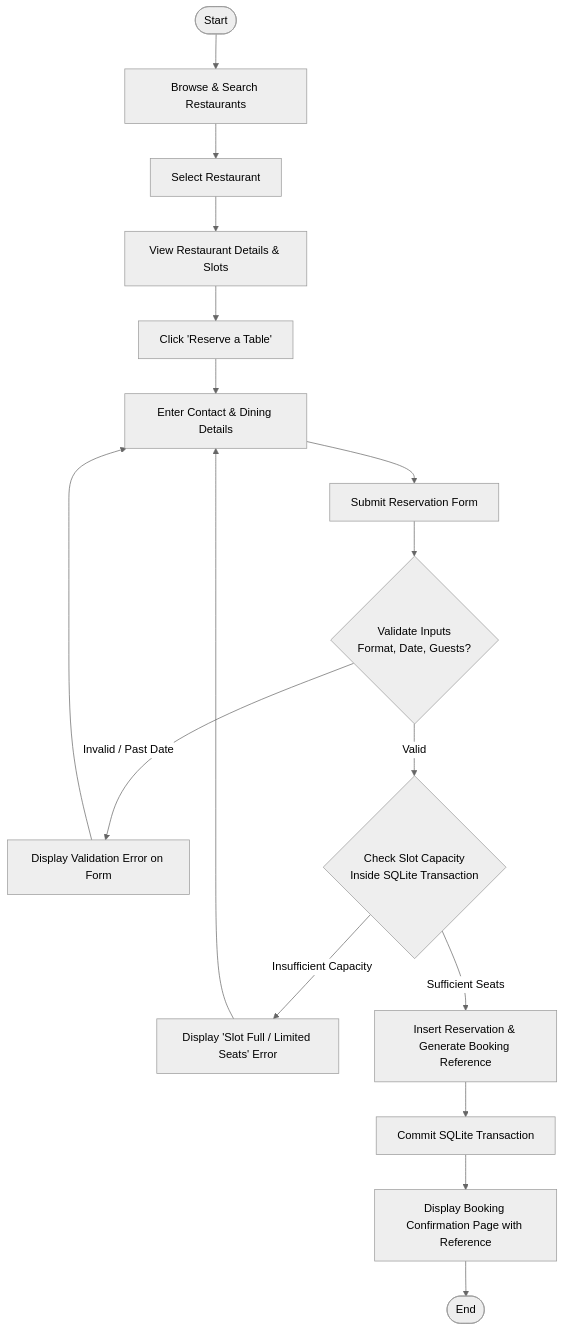
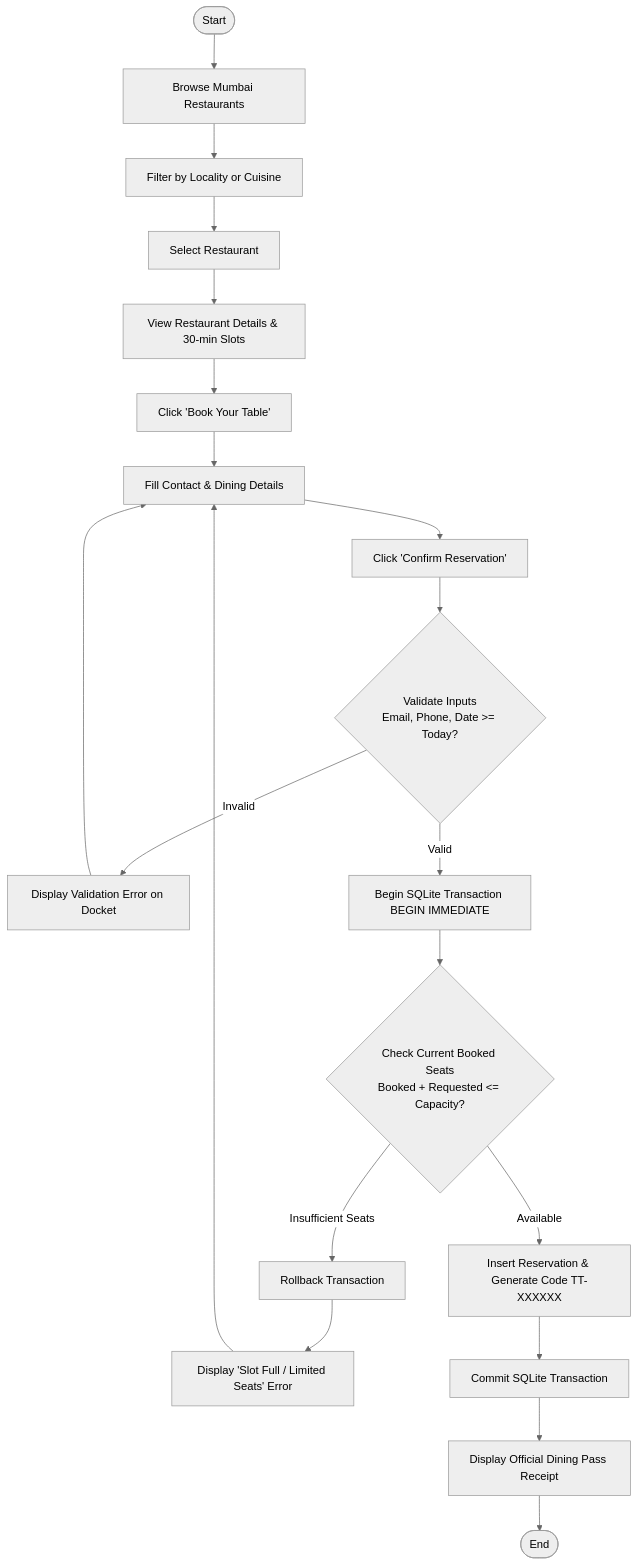
The second of 4 diagrams in docs/mini_project_report.md (immortalfoodie/TableTime), drawn with Mermaid (neutral theme) before and after one commit. The commit also changed other lines of this file and 20 other files, not shown here.

Commit message:
Update: Full Neo-Brutalist design (Electric Indigo & Mint) with Mumbai dataset, tests, and documentation

````diff
--- a/docs/mini_project_report.md
+++ b/docs/mini_project_report.md
@@ -217,24 +218,27 @@
 ```mermaid
 flowchart TD
-    Start([Start]) --> Browse[Browse & Search Restaurants]
-    Browse --> Select[Select Restaurant]
-    Select --> ViewDetails[View Restaurant Details & Slots]
-    ViewDetails --> ClickBook[Click 'Reserve a Table']
-    ClickBook --> EnterDetails[Enter Contact & Dining Details]
-    EnterDetails --> SubmitForm[Submit Reservation Form]
+    Start([Start]) --> Browse[Browse Mumbai Restaurants]
+    Browse --> Filter[Filter by Locality or Cuisine]
+    Filter --> Select[Select Restaurant]
+    Select --> ViewProfile[View Restaurant Details & 30-min Slots]
+    ViewProfile --> ClickReserve[Click 'Book Your Table']
+    ClickReserve --> EnterDetails[Fill Contact & Dining Details]
+    EnterDetails --> Submit[Click 'Confirm Reservation']
 
-    SubmitForm --> ValidateInput{Validate Inputs<br/>Format, Date, Guests?}
+    Submit --> Validate{Validate Inputs<br/>Email, Phone, Date >= Today?}
 
-    ValidateInput -- Invalid / Past Date --> ShowFormError[Display Validation Error on Form]
-    ShowFormError --> EnterDetails
+    Validate -- Invalid --> ShowError[Display Validation Error on Docket]
+    ShowError --> EnterDetails
 
-    ValidateInput -- Valid --> CheckCapacity{Check Slot Capacity<br/>Inside SQLite Transaction}
+    Validate -- Valid --> LockTx[Begin SQLite Transaction BEGIN IMMEDIATE]
+    LockTx --> CheckSeats{Check Current Booked Seats<br/>Booked + Requested <= Capacity?}
 
-    CheckCapacity -- Insufficient Capacity --> ShowCapacityError[Display 'Slot Full / Limited Seats' Error]
+    CheckSeats -- Insufficient Seats --> RollbackTx[Rollback Transaction]
+    RollbackTx --> ShowCapacityError[Display 'Slot Full / Limited Seats' Error]
     ShowCapacityError --> EnterDetails
 
-    CheckCapacity -- Sufficient Seats --> SaveBooking[Insert Reservation & Generate Booking Reference]
-    SaveBooking --> CommitTx[Commit SQLite Transaction]
-    CommitTx --> ShowConfirmation[Display Booking Confirmation Page with Reference]
-    ShowConfirmation --> End([End])
+    CheckSeats -- Available --> InsertRow[Insert Reservation & Generate Code TT-XXXXXX]
+    InsertRow --> CommitTx[Commit SQLite Transaction]
+    CommitTx --> ShowPass[Display Official Dining Pass Receipt]
+    ShowPass --> End([End])
 ```
````
